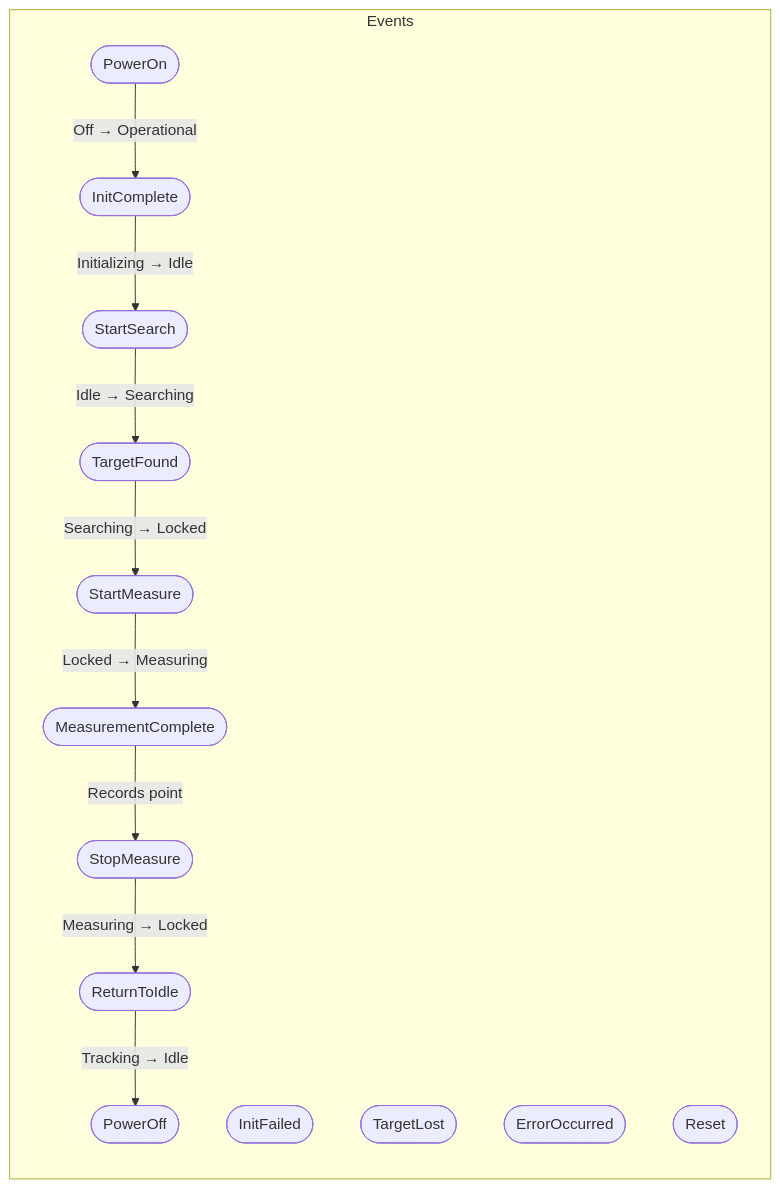
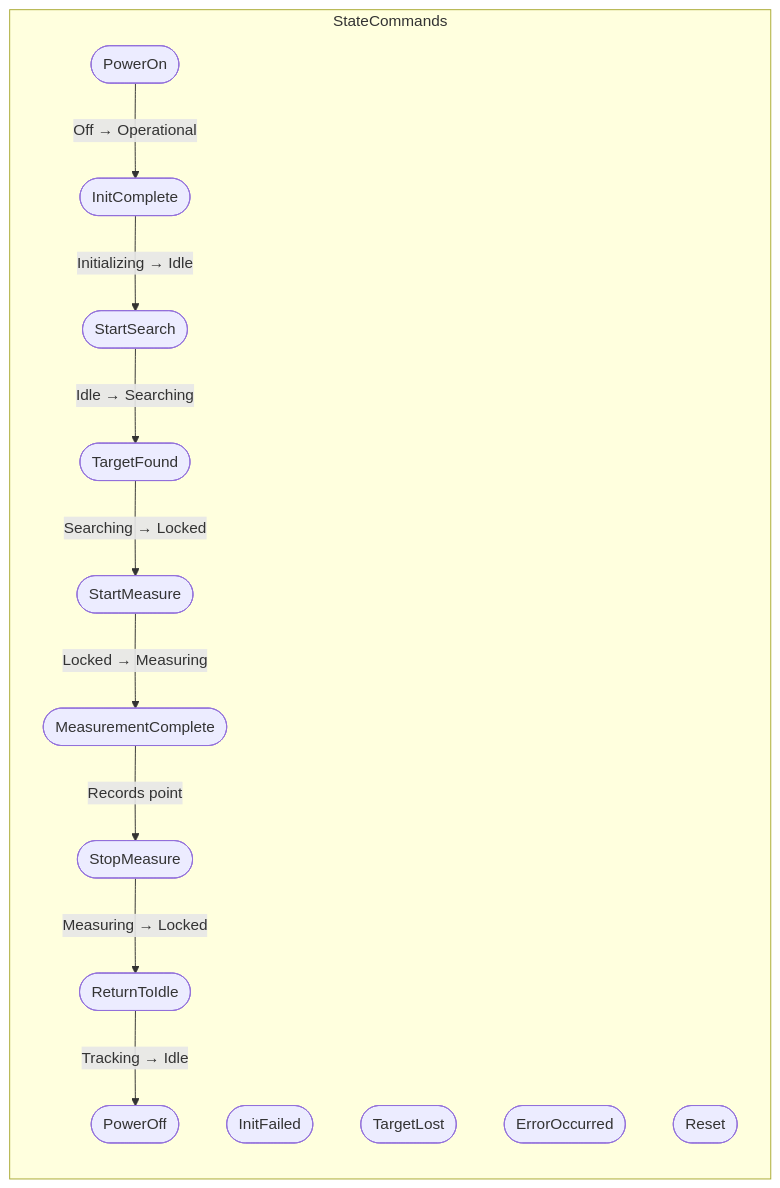
Before and after one commit to lucwens/StateMachine: the second of 3 diagrams in README.md, drawn with Mermaid. The commit also changed other lines of this file and 2 other files, not shown here.

````diff
--- a/README.md
+++ b/README.md
@@ -61,27 +62,27 @@
 ```mermaid
 flowchart LR
-    subgraph Events
+    subgraph StateCommands
         PowerOn([PowerOn])
         PowerOff([PowerOff])
         InitComplete([InitComplete])
         InitFailed([InitFailed])
         StartSearch([StartSearch])
         TargetFound([TargetFound])
         TargetLost([TargetLost])
         StartMeasure([StartMeasure])
         StopMeasure([StopMeasure])
         MeasurementComplete([MeasurementComplete])
         ErrorOccurred([ErrorOccurred])
         Reset([Reset])
         ReturnToIdle([ReturnToIdle])
     end
 
     PowerOn --> |Off → Operational| InitComplete
     InitComplete --> |Initializing → Idle| StartSearch
     StartSearch --> |Idle → Searching| TargetFound
     TargetFound --> |Searching → Locked| StartMeasure
     StartMeasure --> |Locked → Measuring| MeasurementComplete
     MeasurementComplete --> |Records point| StopMeasure
     StopMeasure --> |Measuring → Locked| ReturnToIdle
     ReturnToIdle --> |Tracking → Idle| PowerOff
 ```
````
